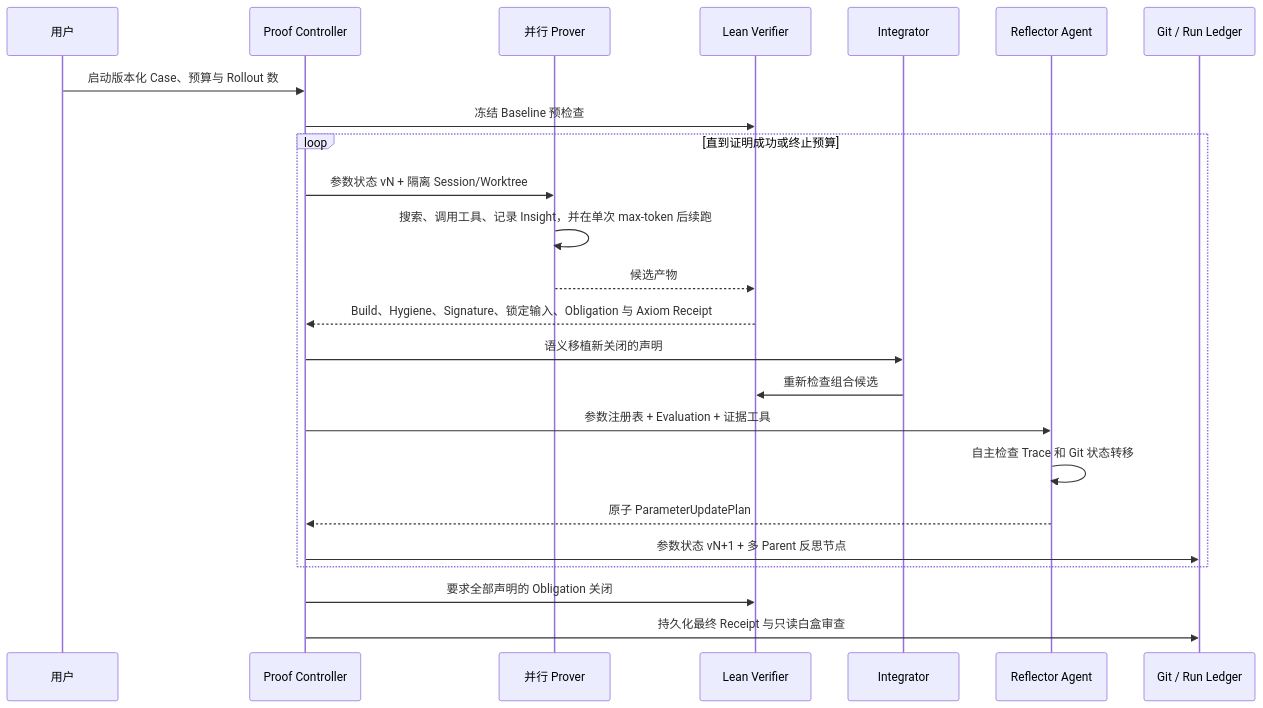
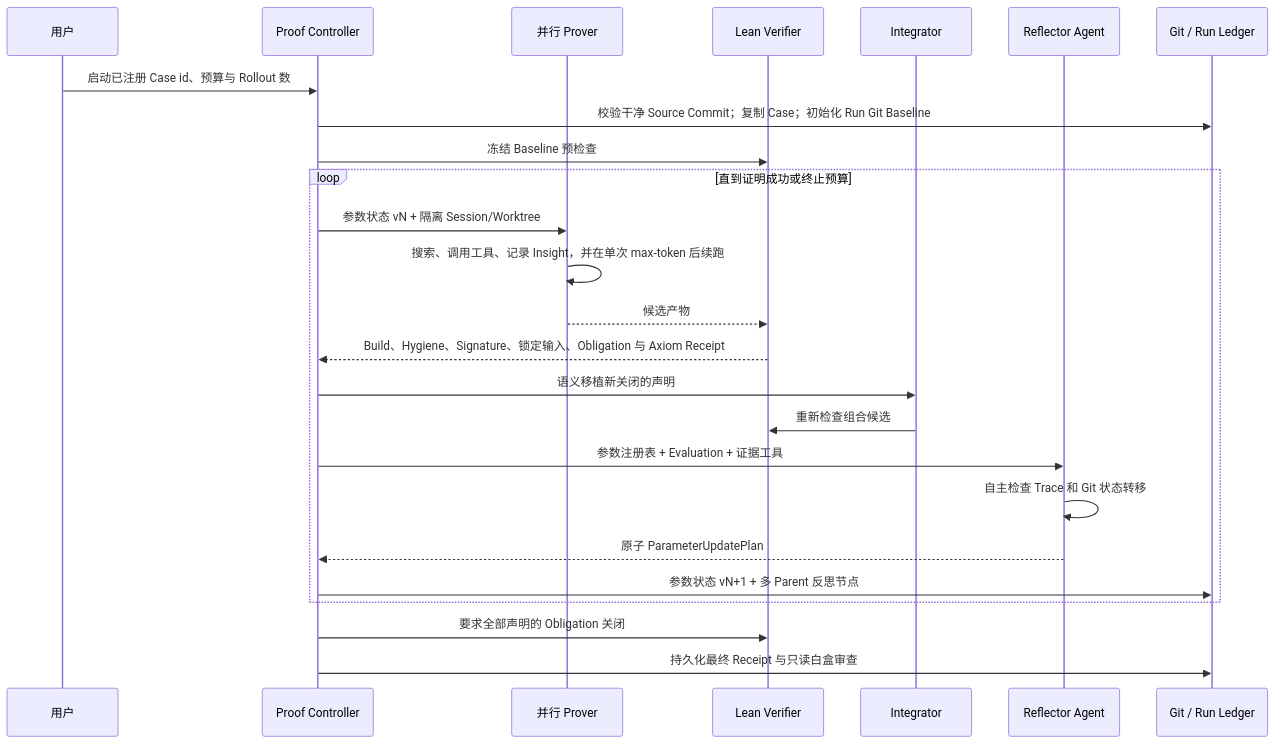
Before and after one commit to BruceLoveLee000/tokens-as-parameters: the second of 2 diagrams in docs/zh-CN/architecture/dsh-formal-proof-bundle.md, drawn with Mermaid. The commit also changed other lines of this file and 40 other files, not shown here.

````diff
--- a/docs/zh-CN/architecture/dsh-formal-proof-bundle.md
+++ b/docs/zh-CN/architecture/dsh-formal-proof-bundle.md
@@ -74,27 +78,28 @@
 ```mermaid
 sequenceDiagram
   participant U as 用户
   participant C as Proof Controller
   participant P as 并行 Prover
   participant L as Lean Verifier
   participant I as Integrator
   participant R as Reflector Agent
   participant G as Git / Run Ledger
 
-  U->>C: 启动版本化 Case、预算与 Rollout 数
+  U->>C: 启动已注册 Case id、预算与 Rollout 数
+  C->>G: 校验干净 Source Commit；复制 Case；初始化 Run Git Baseline
   C->>L: 冻结 Baseline 预检查
   loop 直到证明成功或终止预算
     C->>P: 参数状态 vN + 隔离 Session/Worktree
     P->>P: 搜索、调用工具、记录 Insight，并在单次 max-token 后续跑
     P-->>L: 候选产物
     L-->>C: Build、Hygiene、Signature、锁定输入、Obligation 与 Axiom Receipt
     C->>I: 语义移植新关闭的声明
     I->>L: 重新检查组合候选
     C->>R: 参数注册表 + Evaluation + 证据工具
     R->>R: 自主检查 Trace 和 Git 状态转移
     R-->>C: 原子 ParameterUpdatePlan
     C->>G: 参数状态 vN+1 + 多 Parent 反思节点
   end
   C->>L: 要求全部声明的 Obligation 关闭
   C->>G: 持久化最终 Receipt 与只读白盒审查
 ```
````
